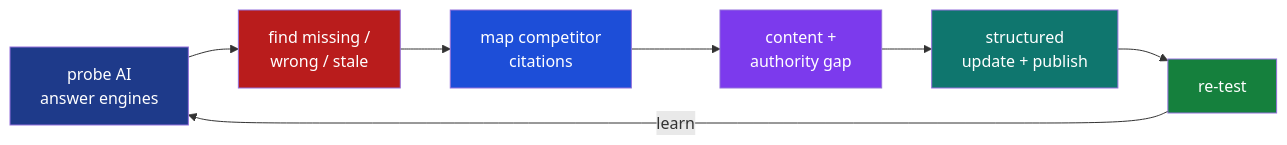
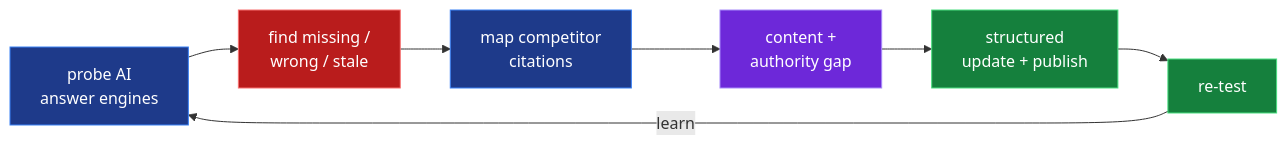
Before and after one commit to arlenk2021/arlenk2021: the third of 4 diagrams in README.md, drawn with Mermaid. The commit also changed other lines of this file, not shown here.

First line of the commit message:
Add visual timeline + terminal narrative to profile README

````diff
--- a/README.md
+++ b/README.md
@@ -92,15 +135,13 @@
 ```mermaid
 flowchart LR
-    A[probe AI<br/>answer engines] --> B[find missing /<br/>wrong / stale]
-    B --> C[map competitor<br/>citations]
-    C --> D[content +<br/>authority gap]
-    D --> E[structured<br/>update + publish]
-    E --> F[re-test]
+    A[probe AI<br/>answer engines]:::blue --> B[find missing /<br/>wrong / stale]:::red
+    B --> C[map competitor<br/>citations]:::blue
+    C --> D[content +<br/>authority gap]:::purple
+    D --> E[structured<br/>update + publish]:::green
+    E --> F[re-test]:::green
     F -->|learn| A
-    style A fill:#1e3a8a,color:#fff
-    style B fill:#b91c1c,color:#fff
-    style C fill:#1d4ed8,color:#fff
-    style D fill:#7c3aed,color:#fff
-    style E fill:#0f766e,color:#fff
-    style F fill:#15803d,color:#fff
+    classDef blue fill:#1e3a8a,color:#fff,stroke:#3b82f6
+    classDef red fill:#b91c1c,color:#fff,stroke:#f87171
+    classDef purple fill:#6d28d9,color:#fff,stroke:#a78bfa
+    classDef green fill:#15803d,color:#fff,stroke:#4ade80
 ```
````
